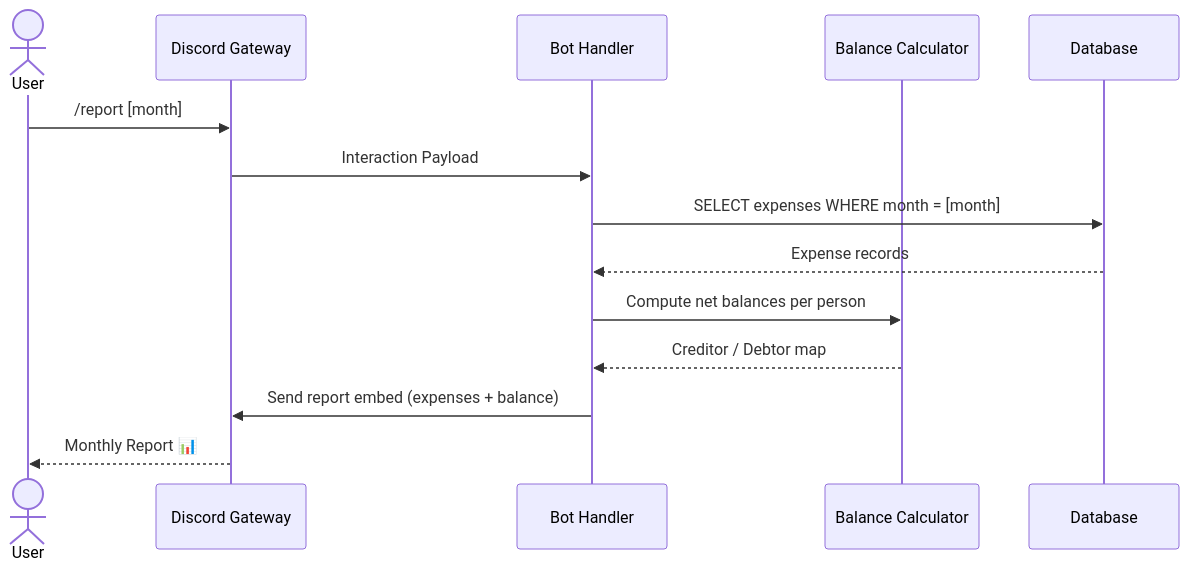
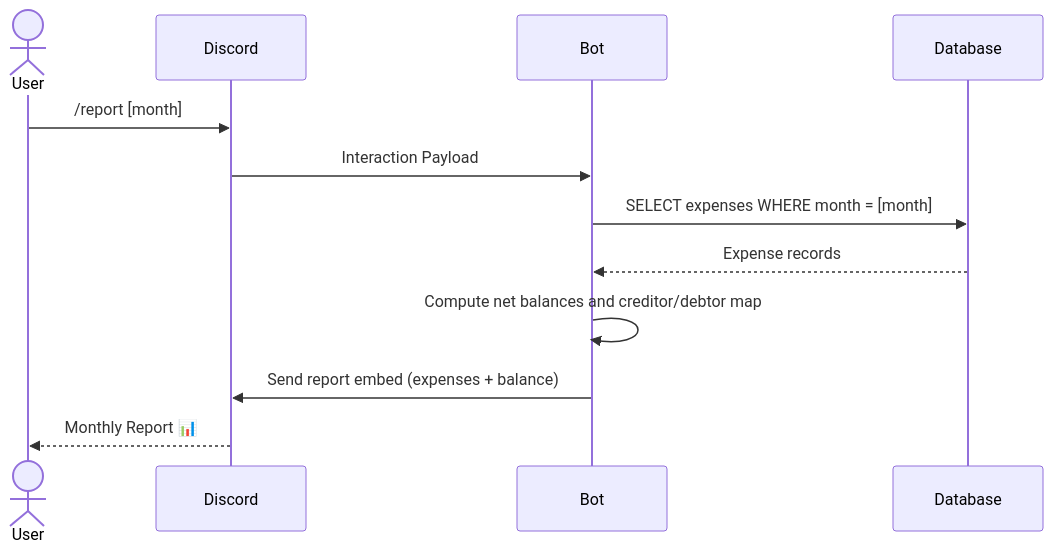
The fourth of 5 diagrams in project-definition.md (IgorEmerick/discord-financial-management), drawn with Mermaid before and after one commit. The commit also changed other lines of this file and 1 other file, not shown here.

Commit message:
docs: sync CLAUDE.md with project-definition v1.1.0 (edit/delete expense, updated data model)

````diff
--- a/project-definition.md
+++ b/project-definition.md
@@ -107,17 +164,15 @@
 ```mermaid
 sequenceDiagram
     actor User
-    participant Discord Gateway
-    participant Bot Handler
-    participant Balance Calculator
+    participant Discord
+    participant Bot
     participant Database
 
-    User->>Discord Gateway: /report [month]
-    Discord Gateway->>Bot Handler: Interaction Payload
-    Bot Handler->>Database: SELECT expenses WHERE month = [month]
-    Database-->>Bot Handler: Expense records
-    Bot Handler->>Balance Calculator: Compute net balances per person
-    Balance Calculator-->>Bot Handler: Creditor / Debtor map
-    Bot Handler->>Discord Gateway: Send report embed (expenses + balance)
-    Discord Gateway-->>User: Monthly Report 📊
+    User->>Discord: /report [month]
+    Discord->>Bot: Interaction Payload
+    Bot->>Database: SELECT expenses WHERE month = [month]
+    Database-->>Bot: Expense records
+    Bot->>Bot: Compute net balances and creditor/debtor map
+    Bot->>Discord: Send report embed (expenses + balance)
+    Discord-->>User: Monthly Report 📊
 ```
````
